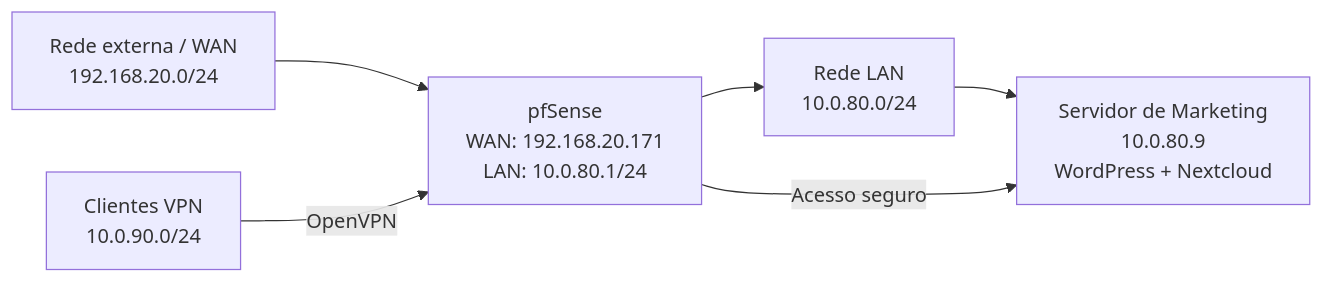
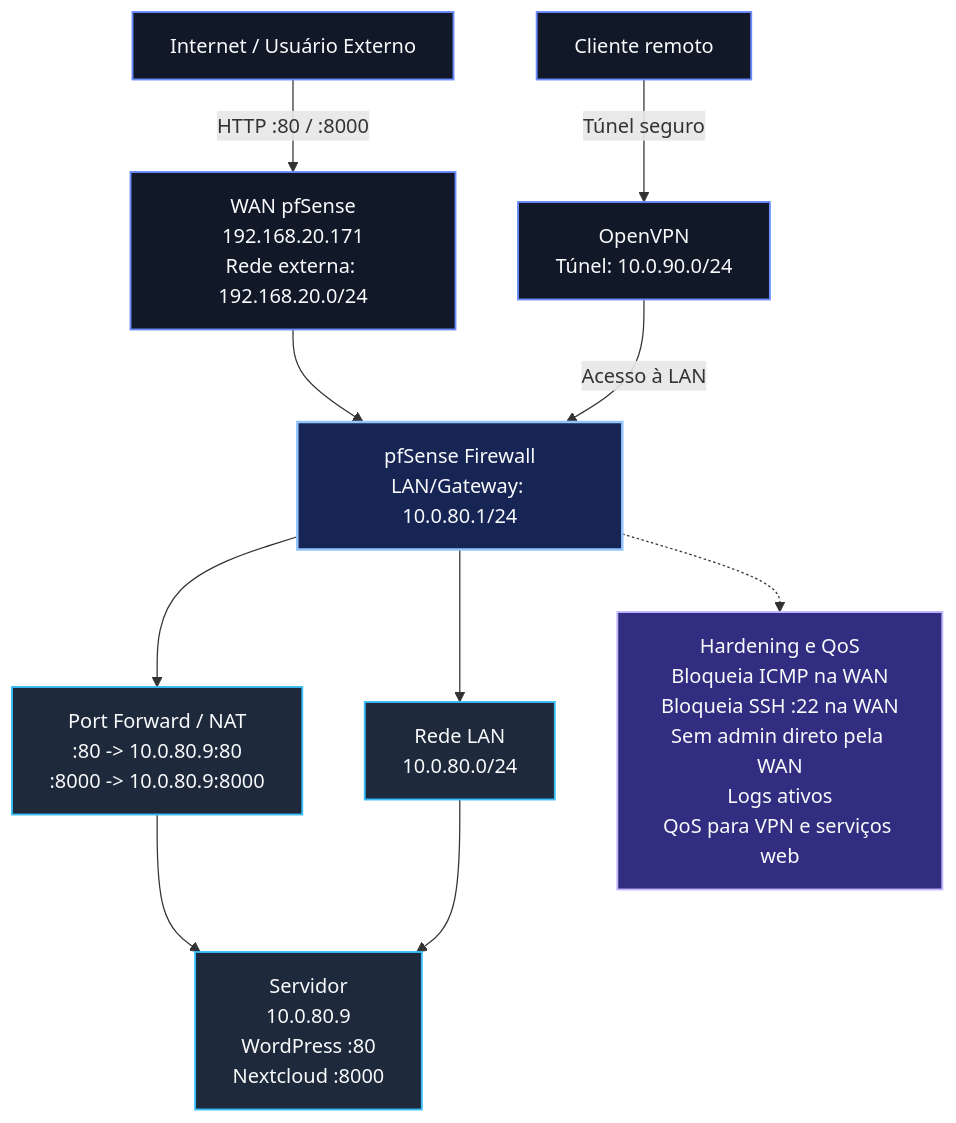
One commit to pedronery07/insper.techacker.roteiro3 changed the diagram in docs/relatorio/index.md. Above: the diagram before and after it, drawn with Mermaid. The commit also changed other lines of this file and 2 other files, not shown here.

Commit message:
Topologia de rede

````diff
--- a/docs/relatorio/index.md
+++ b/docs/relatorio/index.md
@@ -20,14 +20,34 @@
 ```mermaid
-flowchart LR
-    internet["Rede externa / WAN<br/>192.168.20.0/24"]
-    pfsense["pfSense<br/>WAN: 192.168.20.171<br/>LAN: 10.0.80.1/24"]
+%%{init: {"flowchart": {"htmlLabels": true, "curve": "basis"}, "themeVariables": {"fontSize": "16px"}} }%%
+flowchart TB
+    external["Internet / Usuário Externo"]
+    wan["WAN pfSense<br/>192.168.20.171<br/>Rede externa: 192.168.20.0/24"]
+    pfsense["pfSense Firewall<br/>LAN/Gateway: 10.0.80.1/24"]
+    nat["Port Forward / NAT<br/>:80 -> 10.0.80.9:80<br/>:8000 -> 10.0.80.9:8000"]
     lan["Rede LAN<br/>10.0.80.0/24"]
-    server["Servidor de Marketing<br/>10.0.80.9<br/>WordPress + Nextcloud"]
-    vpn["Clientes VPN<br/>10.0.90.0/24"]
+    server["Servidor<br/>10.0.80.9<br/>WordPress :80<br/>Nextcloud :8000"]
+    remote["Cliente remoto"]
+    vpn["OpenVPN<br/>Túnel: 10.0.90.0/24"]
+    rules["Hardening e QoS<br/>Bloqueia ICMP na WAN<br/>Bloqueia SSH :22 na WAN<br/>Sem admin direto pela WAN<br/>Logs ativos<br/>QoS para VPN e serviços web"]
 
-    internet --> pfsense
+    external -->|"HTTP :80 / :8000"| wan
+    wan --> pfsense
+    pfsense --> nat
+    nat --> server
     pfsense --> lan
     lan --> server
-    vpn -->|OpenVPN| pfsense
-    pfsense -->|Acesso seguro| server
+
+    remote -->|"Túnel seguro"| vpn
+    vpn -->|"Acesso à LAN"| pfsense
+    pfsense -.-> rules
+
+    classDef endpoint fill:#111827,stroke:#6b8cff,color:#f8fafc,stroke-width:1.5px
+    classDef firewall fill:#172554,stroke:#93c5fd,color:#f8fafc,stroke-width:2px
+    classDef service fill:#1e293b,stroke:#38bdf8,color:#f8fafc,stroke-width:1.5px
+    classDef control fill:#312e81,stroke:#c4b5fd,color:#f8fafc,stroke-width:1.5px
+
+    class external,wan,remote,vpn endpoint
+    class pfsense firewall
+    class lan,server,nat service
+    class rules control
 ```
````
